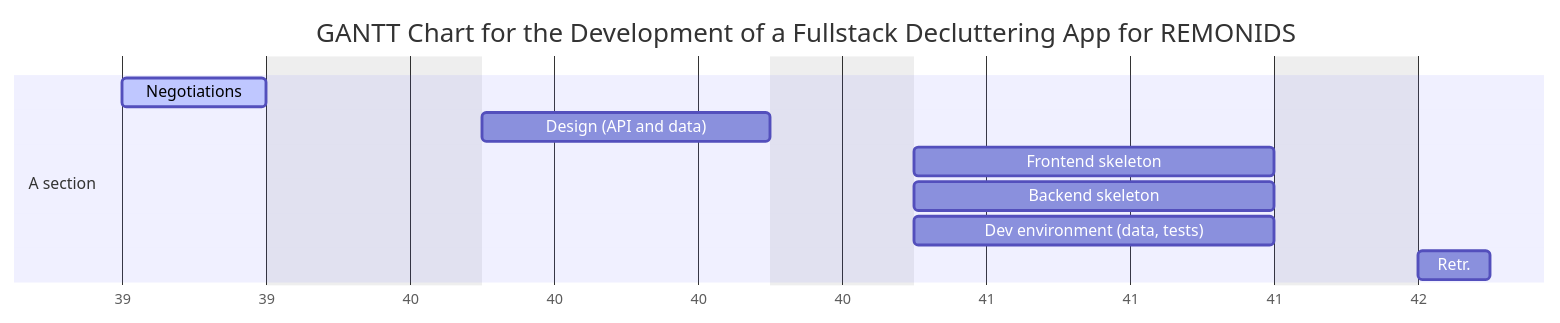
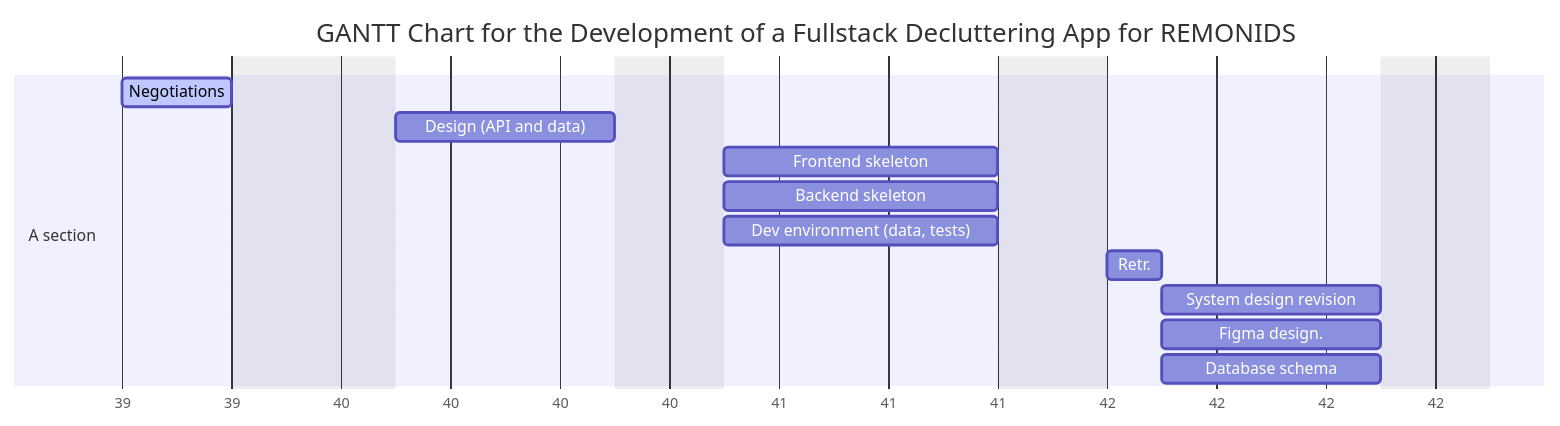
Before and after one commit to WildCodeSchool/2022-07-EN-Berlin-Remote1-Project3Planning: the first of 6 diagrams in README.md, drawn with Mermaid.

Commit message:
Updated gantt chart

````diff
--- a/README.md
+++ b/README.md
@@ -15,15 +15,18 @@
 ```mermaid
 gantt
 dateFormat  YYYY-MM-DD
 axisFormat  %W
 title GANTT Chart for the Development of a Fullstack Decluttering App for REMONIDS
 excludes weekends 2022-10-03
 
 section A section
 Negotiations                    :active,  des1, 2022-09-29, 2d
 Design (API and data)           :         des2, after des1, 4d
 Frontend skeleton               :         des3, after des2, 5d
 Backend skeleton                :         des4, after des2, 5d
 Dev environment (data, tests)   :         des5, after des2, 5d
 Retr.                           :         des6, after des3 after des4 after des5, 1d
+System design revision          :         des7, after des6, 4d
+Figma design.                   :         des8, after des6, 4d
+Database schema                 :         des8, after des6, 4d
 ```
````
